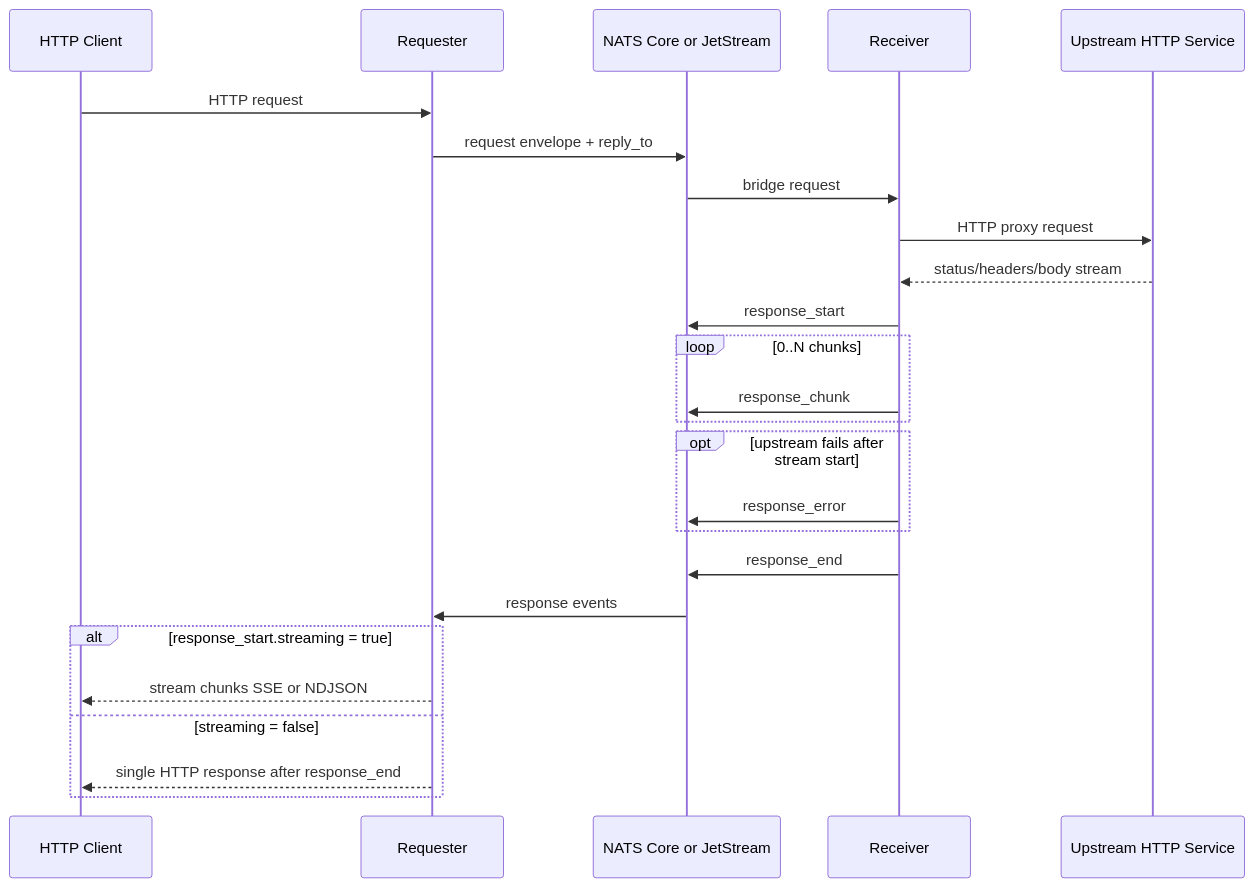
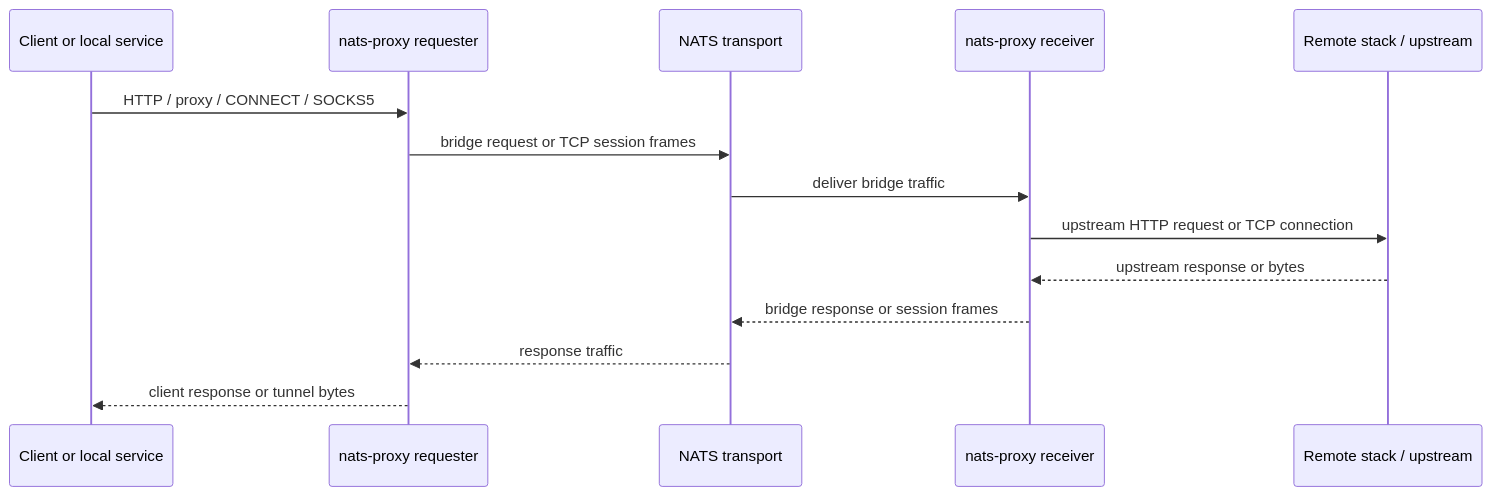
Before and after one commit to artyomb/nats-proxy: the second of 2 diagrams in README.md, drawn with Mermaid. The commit also changed other lines of this file and 26 other files, not shown here.

````diff
--- a/README.md
+++ b/README.md
@@ -105,30 +61,17 @@
 ```mermaid
 sequenceDiagram
-    participant Client as HTTP Client
-    participant Req as Requester
-    participant N as NATS Core or JetStream
-    participant Rec as Receiver
-    participant Up as Upstream HTTP Service
+  participant Caller as Client or local service
+  participant Req as nats-proxy requester
+  participant NATS as NATS transport
+  participant Rec as nats-proxy receiver
+  participant Up as Remote stack / upstream
 
-    Client->>Req: HTTP request
-    Req->>N: request envelope + reply_to
-    N->>Rec: bridge request
-    Rec->>Up: HTTP proxy request
-    Up-->>Rec: status/headers/body stream
-
-    Rec->>N: response_start
-    loop 0..N chunks
-      Rec->>N: response_chunk
-    end
-    opt upstream fails after stream start
-      Rec->>N: response_error
-    end
-    Rec->>N: response_end
-    N->>Req: response events
-
-    alt response_start.streaming = true
-      Req-->>Client: stream chunks SSE or NDJSON
-    else streaming = false
-      Req-->>Client: single HTTP response after response_end
-    end
+  Caller->>Req: HTTP / proxy / CONNECT / SOCKS5
+  Req->>NATS: bridge request or TCP session frames
+  NATS->>Rec: deliver bridge traffic
+  Rec->>Up: upstream HTTP request or TCP connection
+  Up-->>Rec: upstream response or bytes
+  Rec-->>NATS: bridge response or session frames
+  NATS-->>Req: response traffic
+  Req-->>Caller: client response or tunnel bytes
 ```
````
